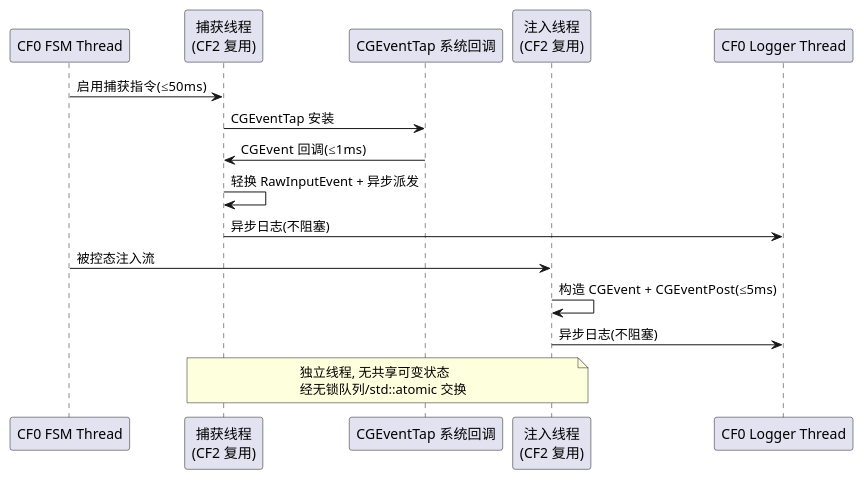
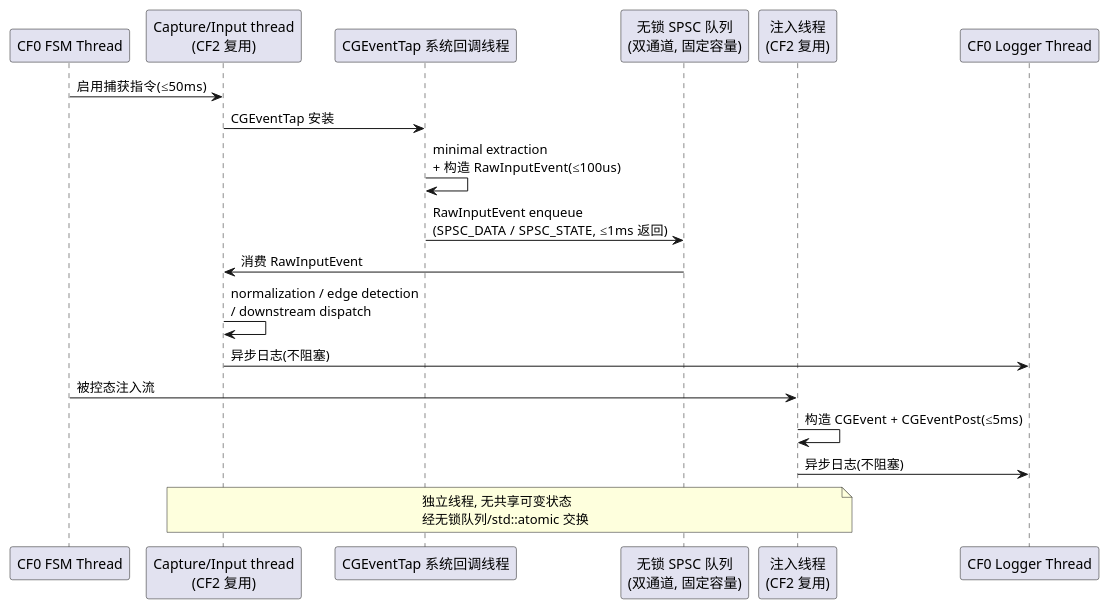
Before and after one commit to wujupeng/CrossFlow-X: the seventh of 7 diagrams in docs/cf2_mac_capture/spec.md, drawn with PlantUML. The commit also changed other lines of this file, not shown here.

First line of the commit message:
docs(cf2): CF2 Requirements Amendment v1.3 - R10 dual-channel state event fix

````diff
--- a/docs/cf2_mac_capture/spec.md
+++ b/docs/cf2_mac_capture/spec.md
@@ -753,21 +783,24 @@
 ```plantuml
 @startuml
 participant "CF0 FSM Thread" as Fsm
-participant "捕获线程\n(CF2 复用)" as Cap
-participant "CGEventTap 系统回调" as Tap
+participant "Capture/Input thread\n(CF2 复用)" as Cap
+participant "CGEventTap 系统回调线程" as Tap
+participant "无锁 SPSC 队列\n(双通道, 固定容量)" as Q
 participant "注入线程\n(CF2 复用)" as Inj
 participant "CF0 Logger Thread" as Log
 
 Fsm -> Cap : 启用捕获指令(≤50ms)
 Cap -> Tap : CGEventTap 安装
-Tap -> Cap : CGEvent 回调(≤1ms)
-Cap -> Cap : 轻换 RawInputEvent + 异步派发
+Tap -> Tap : minimal extraction\n+ 构造 RawInputEvent(≤100us)
+Tap -> Q : RawInputEvent enqueue\n(SPSC_DATA / SPSC_STATE, ≤1ms 返回)
+Q -> Cap : 消费 RawInputEvent
+Cap -> Cap : normalization / edge detection\n/ downstream dispatch
 Cap -> Log : 异步日志(不阻塞)
 
 Fsm -> Inj : 被控态注入流
 Inj -> Inj : 构造 CGEvent + CGEventPost(≤5ms)
 Inj -> Log : 异步日志(不阻塞)
 
 note over Cap,Inj: 独立线程, 无共享可变状态\n经无锁队列/std::atomic 交换
 @enduml
 ```
````
